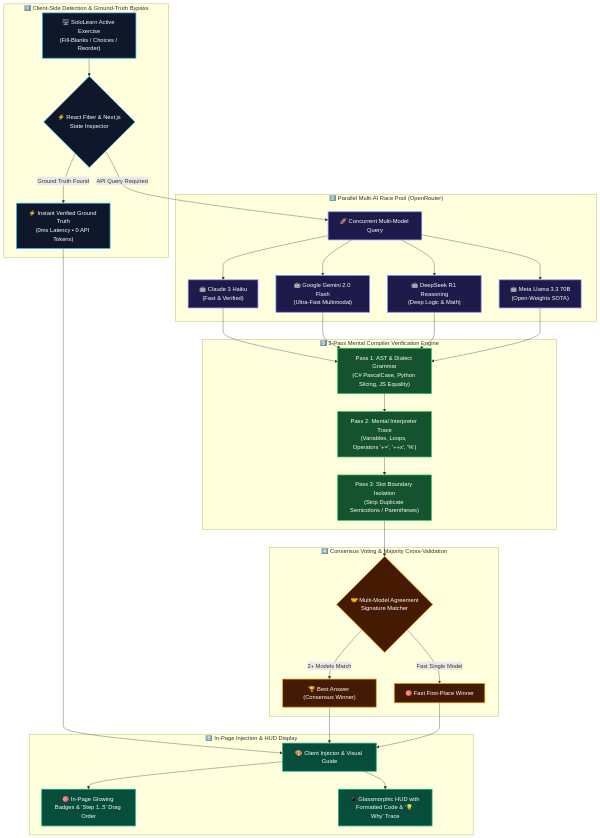
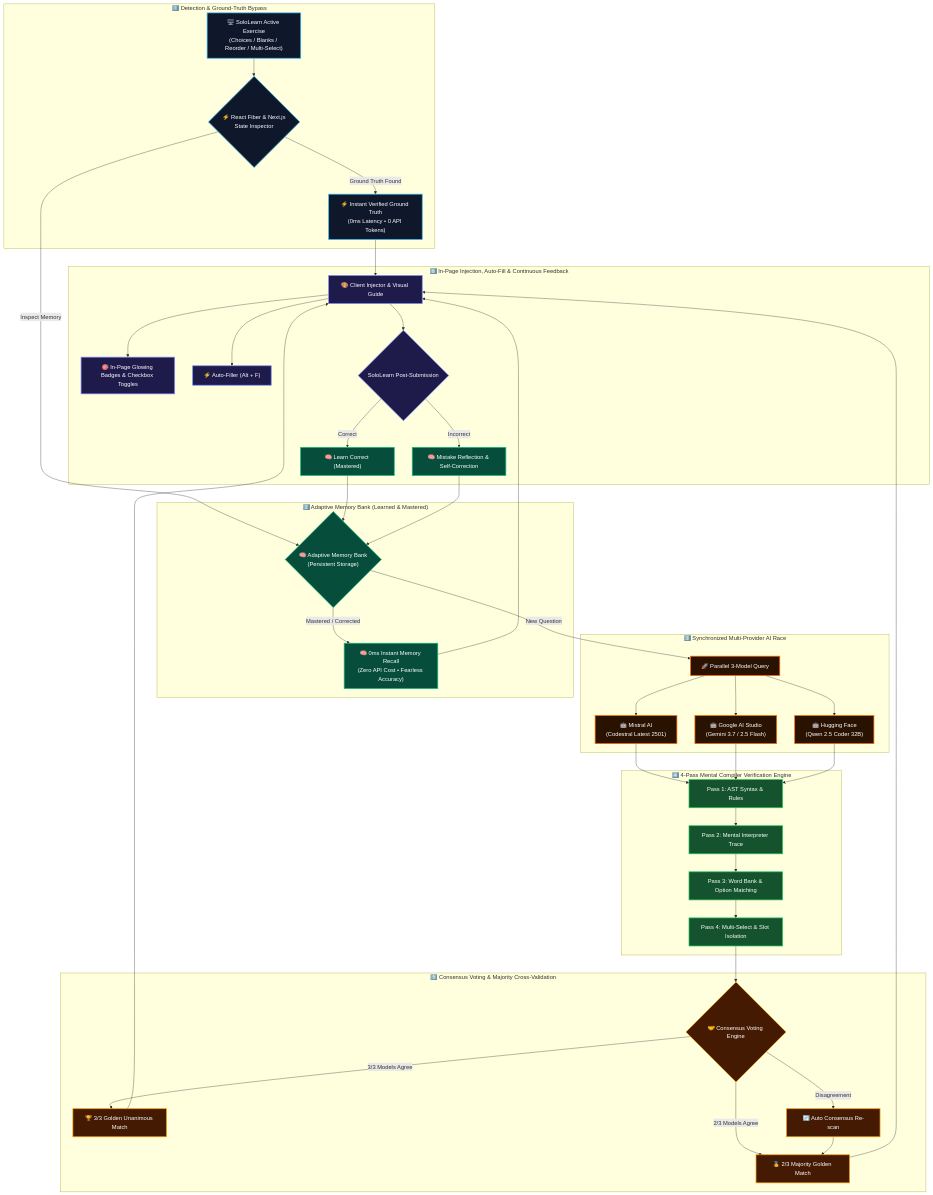
Before and after one commit to REP-Julian/sololearn-ai-companion: the diagram in README.md, drawn with Mermaid. The commit also changed other lines of this file and 21 other files, not shown here.

````diff
--- a/README.md
+++ b/README.md
@@ -54,51 +47,64 @@
 ```mermaid
 flowchart TD
-    %% Theme & Styling Definitions
     classDef clientStage fill:#0f172a,stroke:#38bdf8,stroke-width:2px,color:#ffffff;
-    classDef raceStage fill:#1e1b4b,stroke:#818cf8,stroke-width:2px,color:#ffffff;
+    classDef memoryStage fill:#064e3b,stroke:#10b981,stroke-width:2px,color:#ffffff;
+    classDef raceStage fill:#2a1200,stroke:#ff7000,stroke-width:2px,color:#ffffff;
     classDef compilerStage fill:#14532d,stroke:#22c55e,stroke-width:2px,color:#ffffff;
     classDef consensusStage fill:#451a03,stroke:#f59e0b,stroke-width:2px,color:#ffffff;
-    classDef outputStage fill:#064e3b,stroke:#10b981,stroke-width:2px,color:#ffffff;
+    classDef outputStage fill:#1e1b4b,stroke:#818cf8,stroke-width:2px,color:#ffffff;
 
-    subgraph S1["1️⃣ Client-Side Detection & Ground-Truth Bypass"]
-        A["🖥️ SoloLearn Active Exercise<br/>(Fill-Blanks / Choices / Reorder)"] --> B{"⚡ React Fiber & Next.js<br/>State Inspector"}
+    subgraph S1["1️⃣ Detection & Ground-Truth Bypass"]
+        A["🖥️ SoloLearn Active Exercise<br/>(Choices / Blanks / Reorder / Multi-Select)"] --> B{"⚡ React Fiber & Next.js<br/>State Inspector"}
         B -->|"Ground Truth Found"| GT["⚡ Instant Verified Ground Truth<br/>(0ms Latency • 0 API Tokens)"]
     end
 
-    subgraph S2["2️⃣ Parallel Multi-AI Race Pool (OpenRouter)"]
-        B -->|"API Query Required"| RACE["🚀 Concurrent Multi-Model Query"]
-        RACE --> M1["🤖 Claude 3 Haiku<br/>(Fast & Verified)"]
-        RACE --> M2["🤖 Google Gemini 2.0 Flash<br/>(Ultra-Fast Multimodal)"]
-        RACE --> M3["🤖 DeepSeek R1 Reasoning<br/>(Deep Logic & Math)"]
-        RACE --> M4["🤖 Meta Llama 3.3 70B<br/>(Open-Weights SOTA)"]
+    subgraph S2["2️⃣ Adaptive Memory Bank (Learned & Mastered)"]
+        B -->|"Inspect Memory"| MEM{"🧠 Adaptive Memory Bank<br/>(Persistent Storage)"}
+        MEM -->|"Mastered / Corrected"| MEM_HIT["🧠 0ms Instant Memory Recall<br/>(Zero API Cost • Fearless Accuracy)"]
     end
 
-    subgraph S3["3️⃣ 3-Pass Mental Compiler Verification Engine"]
-        M1 --> P1["Pass 1: AST & Dialect Grammar<br/>(C# PascalCase, Python Slicing, JS Equality)"]
+    subgraph S3["3️⃣ Synchronized Multi-Provider AI Race"]
+        MEM -->|"New Question"| RACE["🚀 Parallel 3-Model Query"]
+        RACE --> M1["🤖 Mistral AI<br/>(Codestral Latest 2501)"]
+        RACE --> M2["🤖 Google AI Studio<br/>(Gemini 3.7 / 2.5 Flash)"]
+        RACE --> M3["🤖 Hugging Face<br/>(Qwen 2.5 Coder 32B)"]
+    end
+
+    subgraph S4["4️⃣ 4-Pass Mental Compiler Verification Engine"]
+        M1 --> P1["Pass 1: AST Syntax & Rules"]
         M2 --> P1
         M3 --> P1
-        M4 --> P1
-        P1 --> P2["Pass 2: Mental Interpreter Trace<br/>(Variables, Loops, Operators '+=', '++x', '%')"]
-        P2 --> P3["Pass 3: Slot Boundary Isolation<br/>(Strip Duplicate Semicolons / Parentheses)"]
+        P1 --> P2["Pass 2: Mental Interpreter Trace"]
+        P2 --> P3["Pass 3: Word Bank & Option Matching"]
+        P3 --> P4["Pass 4: Multi-Select & Slot Isolation"]
     end
 
-    subgraph S4["4️⃣ Consensus Voting & Majority Cross-Validation"]
-        P3 --> CONSENSUS{"🤝 Multi-Model Agreement<br/>Signature Matcher"}
-        CONSENSUS -->|"2+ Models Match"| C_WIN["🏆 Best Answer (Consensus Winner)"]
-        CONSENSUS -->|"Fast Single Model"| F_WIN["🎯 Fast First-Place Winner"]
+    subgraph S5["5️⃣ Consensus Voting & Majority Cross-Validation"]
+        P4 --> CONSENSUS{"🤝 Consensus Voting Engine"}
+        CONSENSUS -->|"3/3 Models Agree"| U_WIN["🏆 3/3 Golden Unanimous Match"]
+        CONSENSUS -->|"2/3 Models Agree"| M_WIN["🥇 2/3 Majority Golden Match"]
+        CONSENSUS -->|"Disagreement"| RESCAN["🔄 Auto Consensus Re-scan"]
+        RESCAN --> M_WIN
     end
 
-    subgraph S5["5️⃣ In-Page Injection & HUD Display"]
+    subgraph S6["6️⃣ In-Page Injection, Auto-Fill & Continuous Feedback"]
         GT --> DISP["🎨 Client Injector & Visual Guide"]
-        C_WIN --> DISP
-        F_WIN --> DISP
-        DISP --> OUT1["🎯 In-Page Glowing Badges & 'Step 1..5' Drag Order"]
-        DISP --> OUT2["📱 Glassmorphic HUD with Formatted Code & '💡 Why' Trace"]
+        MEM_HIT --> DISP
+        U_WIN --> DISP
+        M_WIN --> DISP
+        DISP --> OUT1["🎯 In-Page Glowing Badges & Checkbox Toggles"]
+        DISP --> OUT2["⚡ Auto-Filler (Alt + F)"]
+        DISP --> FEEDBACK{"SoloLearn Post-Submission"}
+        FEEDBACK -->|"Correct"| F_CORRECT["🧠 Learn Correct (Mastered)"]
+        FEEDBACK -->|"Incorrect"| F_MISTAKE["🧠 Mistake Reflection & Self-Correction"]
+        F_CORRECT --> MEM
+        F_MISTAKE --> MEM
     end
 
     class A,B,GT clientStage;
-    class RACE,M1,M2,M3,M4 raceStage;
-    class P1,P2,P3 compilerStage;
-    class CONSENSUS,C_WIN,F_WIN consensusStage;
-    class DISP,OUT1,OUT2 outputStage;
+    class MEM,MEM_HIT,F_CORRECT,F_MISTAKE memoryStage;
+    class RACE,M1,M2,M3 raceStage;
+    class P1,P2,P3,P4 compilerStage;
+    class CONSENSUS,U_WIN,M_WIN,RESCAN consensusStage;
+    class DISP,OUT1,OUT2,FEEDBACK outputStage;
 ```
````
